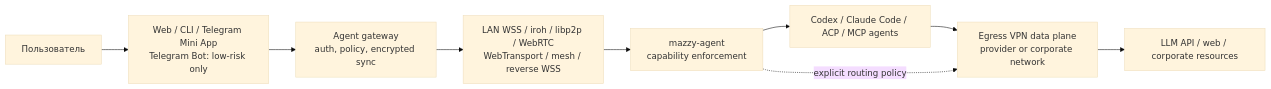
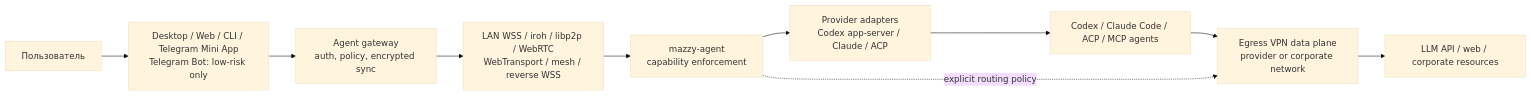
The diagram in docs/AGENT_CONTROL_ARCHITECTURE.ru.md (mazurovn/mazzy-vpn), drawn with Mermaid (base theme) before and after one commit. The commit also changed other lines of this file and 38 other files, not shown here.

Commit message:
feat: add agent control architecture and serialize mutations

````diff
--- a/docs/AGENT_CONTROL_ARCHITECTURE.ru.md
+++ b/docs/AGENT_CONTROL_ARCHITECTURE.ru.md
@@ -18,15 +35,16 @@
 ```mermaid
 flowchart LR
     User["Пользователь"]
-    Ingress["Web / CLI / Telegram Mini App<br/>Telegram Bot: low-risk only"]
+    Ingress["Desktop / Web / CLI / Telegram Mini App<br/>Telegram Bot: low-risk only"]
     Gateway["Agent gateway<br/>auth, policy, encrypted sync"]
     Paths["LAN WSS / iroh / libp2p / WebRTC<br/>WebTransport / mesh / reverse WSS"]
     Agent["mazzy-agent<br/>capability enforcement"]
+    Providers["Provider adapters<br/>Codex app-server / Claude / ACP"]
     Tools["Codex / Claude Code / ACP / MCP agents"]
     VPN["Egress VPN data plane<br/>provider or corporate network"]
     LLM["LLM API / web / corporate resources"]
 
-    User --> Ingress --> Gateway --> Paths --> Agent --> Tools
+    User --> Ingress --> Gateway --> Paths --> Agent --> Providers --> Tools
     Tools --> VPN --> LLM
     Agent -. explicit routing policy .-> VPN
 ```
````
